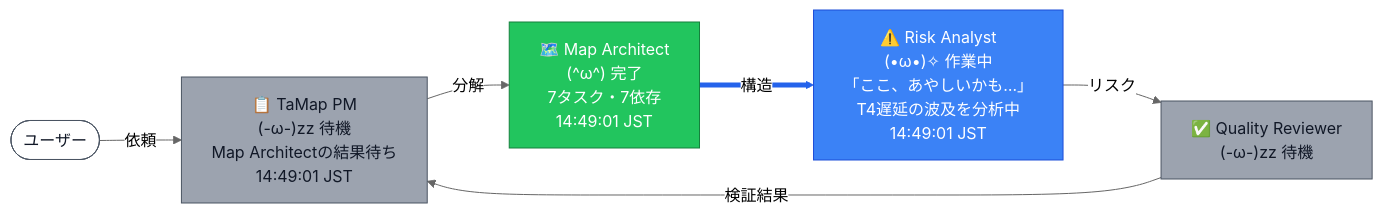
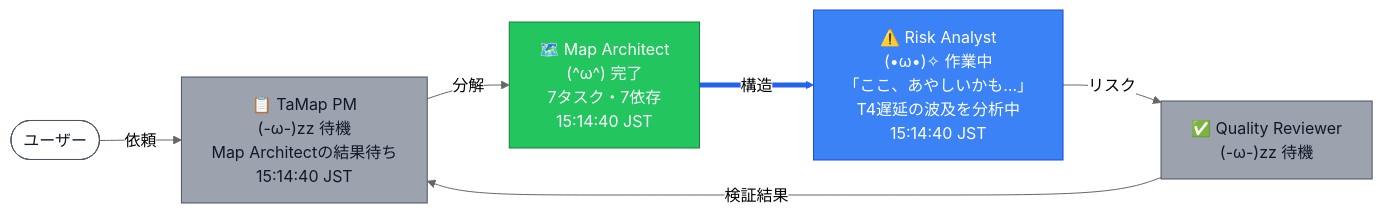
The seventh of 14 diagrams in docs/sample_output.md (nekomario28/tamap), drawn with Mermaid (neutral theme) before and after one commit. The commit also changed other lines of this file and 10 other files, not shown here.

````diff
--- a/docs/sample_output.md
+++ b/docs/sample_output.md
@@ -183,23 +219,23 @@
 ```mermaid
 flowchart LR
   U(["ユーザー"])
-  PM["📋 TaMap PM<br>(-ω-)zz 待機<br>Map Architectの結果待ち<br>14:49:01 JST"]
-  MA["🗺️ Map Architect<br>(^ω^) 完了<br>7タスク・7依存<br>14:49:01 JST"]
-  RA["⚠️ Risk Analyst<br>(•ω•)✧ 作業中<br>「ここ、あやしいかも…」<br>T4遅延の波及を分析中<br>14:49:01 JST"]
+  PM["📋 TaMap PM<br>(-ω-)zz 待機<br>Map Architectの結果待ち<br>15:14:40 JST"]
+  MA["🗺️ Map Architect<br>(^ω^) 完了<br>7タスク・7依存<br>15:14:40 JST"]
+  RA["⚠️ Risk Analyst<br>(•ω•)✧ 作業中<br>「ここ、あやしいかも…」<br>T4遅延の波及を分析中<br>15:14:40 JST"]
   QR["✅ Quality Reviewer<br>(-ω-)zz 待機"]
   U -- 依頼 --> PM
   PM -- 分解 --> MA
   MA -- 構造 --> RA
   RA -- リスク --> QR
   QR -- 検証結果 --> PM
   classDef idle fill:#9ca3af,stroke:#4b5563,color:#111827
   classDef working fill:#3b82f6,stroke:#1d4ed8,color:#ffffff
   classDef done fill:#22c55e,stroke:#15803d,color:#ffffff
   classDef error fill:#ef4444,stroke:#991b1b,color:#ffffff
   classDef user fill:#ffffff,stroke:#4b5563,color:#111827
   class U user
   class PM,QR idle
   class MA done
   class RA working
   linkStyle 2 stroke:#2563eb,stroke-width:5px
 ```
````
